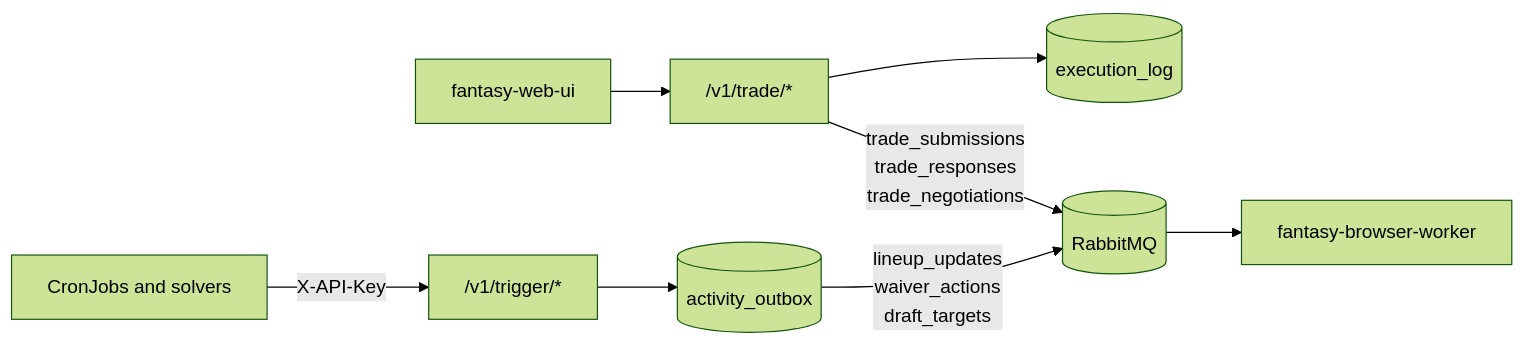
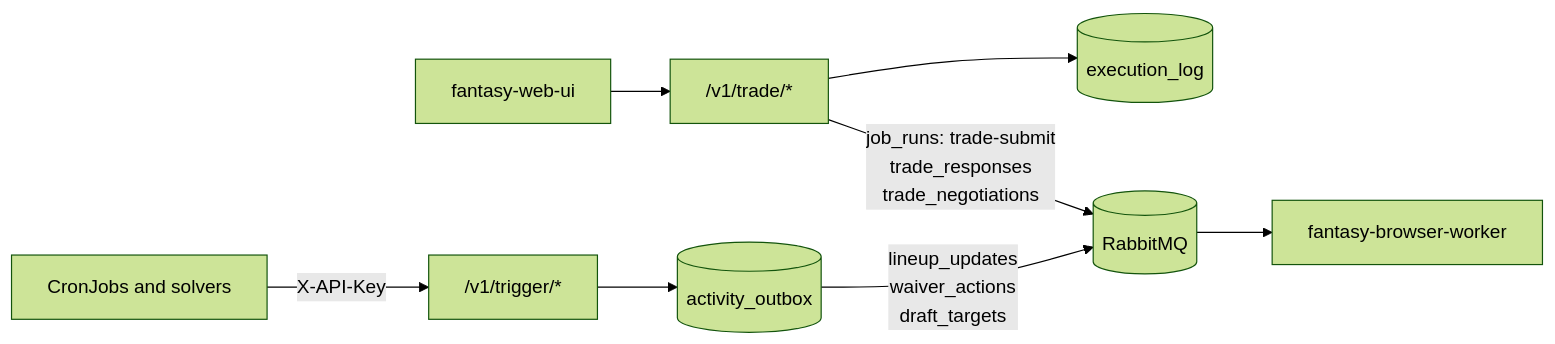
Before and after one commit to cvillarr23/fantasy-core-pipeline: the diagram in docs/api-reference.md, drawn with Mermaid (forest theme). The commit also changed other lines of this file and 16 other files, not shown here.

First line of the commit message:
Start a trade-submit launcher run when a trade is approved (#417)

````diff
--- a/docs/api-reference.md
+++ b/docs/api-reference.md
@@ -24,10 +24,10 @@
 ```mermaid
 flowchart LR
     CJ[CronJobs and solvers] -->|X-API-Key| T["/v1/trigger/*"]
     UI[fantasy-web-ui] --> TR["/v1/trade/*"]
     T --> OB[(activity_outbox)]
     TR --> OB2[(execution_log)]
     OB -->|lineup_updates<br/>waiver_actions<br/>draft_targets| MQ[(RabbitMQ)]
-    TR -->|trade_submissions<br/>trade_responses<br/>trade_negotiations| MQ
+    TR -->|job_runs: trade-submit<br/>trade_responses<br/>trade_negotiations| MQ
     MQ --> W[fantasy-browser-worker]
 ```
````
